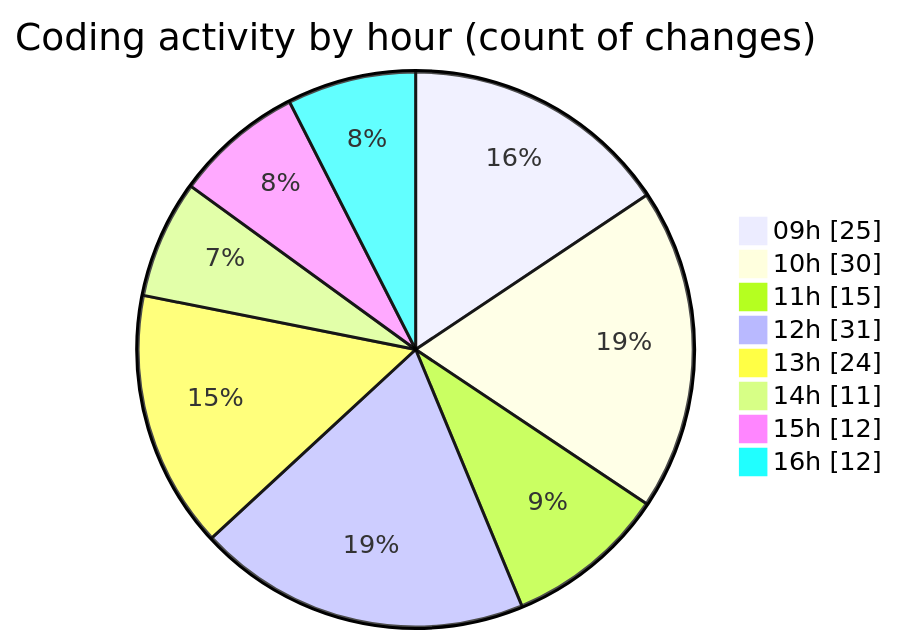
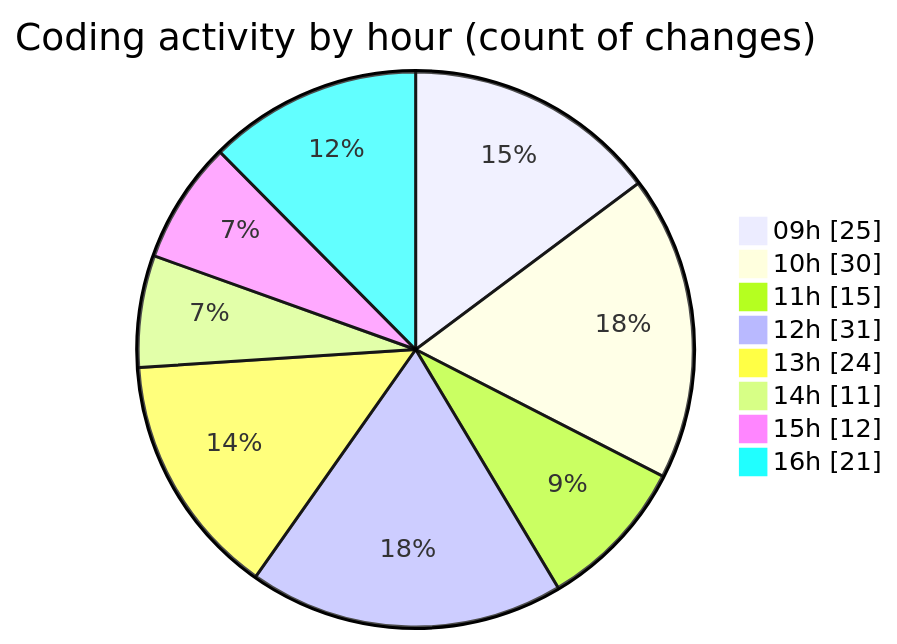
Before and after one commit to momahboobian/code-tracking: the second of 2 diagrams in 2025-11-18/cda/README.md, drawn with Mermaid. The commit also changed other lines of this file and 1 other file, not shown here.

````diff
--- a/2025-11-18/cda/README.md
+++ b/2025-11-18/cda/README.md
@@ -45,12 +45,12 @@
 ```mermaid
 pie showData
 title Coding activity by hour (count of changes)
 "09h" : 25
 "10h" : 30
 "11h" : 15
 "12h" : 31
 "13h" : 24
 "14h" : 11
 "15h" : 12
-"16h" : 12
+"16h" : 21
 ```
````
